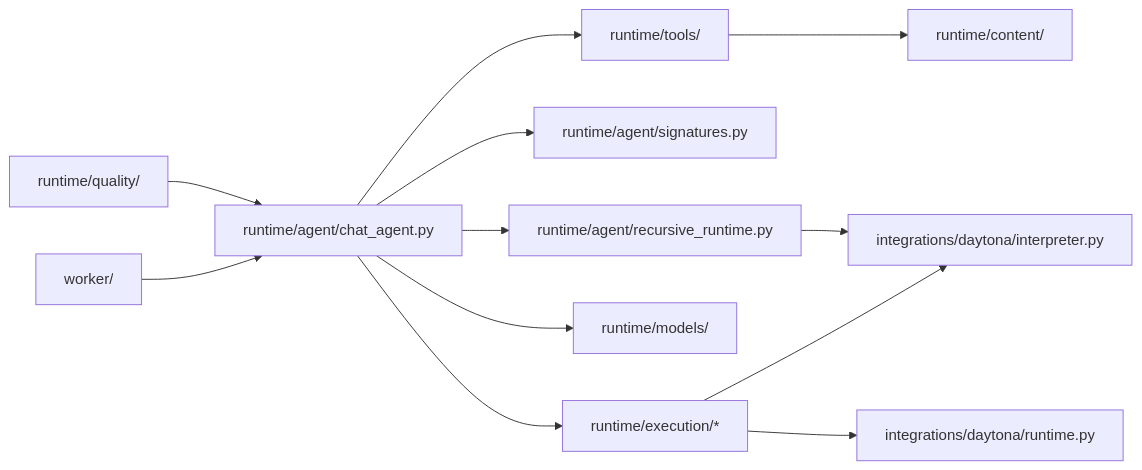
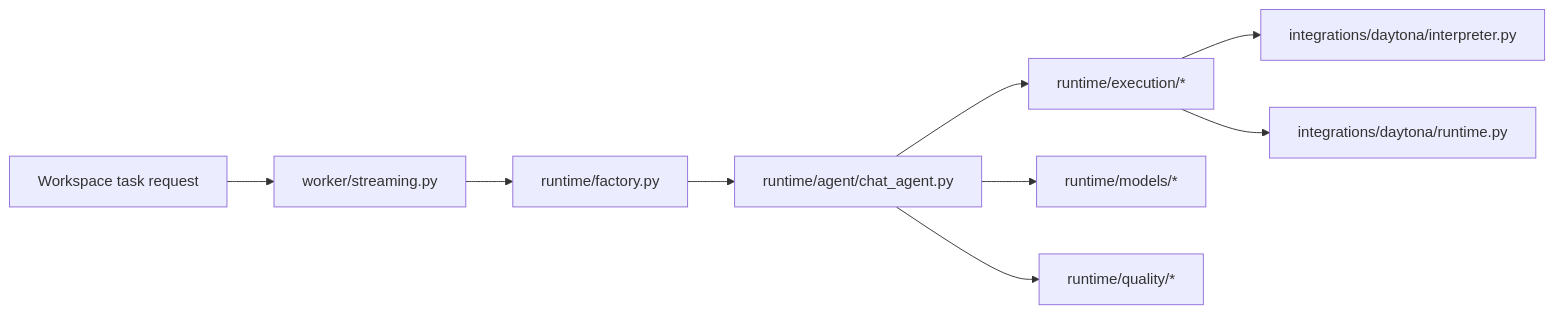
Before and after one commit to Qredence/fleet-rlm: the second of 3 diagrams in docs/reference/module-map.md, drawn with Mermaid. The commit also changed other lines of this file and 25 other files, not shown here.

````diff
--- a/docs/reference/module-map.md
+++ b/docs/reference/module-map.md
@@ -52,26 +37,11 @@
 ```mermaid
 graph LR
-    CHAT["runtime/agent/chat_agent.py"]
-    RLM["runtime/agent/recursive_runtime.py"]
-    SIG["runtime/agent/signatures.py"]
-    TOOLS["runtime/tools/"]
-    CONTENT["runtime/content/"]
-    MODELS["runtime/models/"]
-    WORKER["worker/"]
-    EXEC["runtime/execution/*"]
-    DAYTONA_INTERPRETER["integrations/daytona/interpreter.py"]
-    DAYTONA_RUNTIME["integrations/daytona/runtime.py"]
-    QUALITY["runtime/quality/"]
-
-    WORKER --> CHAT
-    CHAT --> SIG
-    CHAT --> TOOLS
-    CHAT --> EXEC
-    CHAT --> RLM
-    CHAT --> MODELS
-    TOOLS --> CONTENT
-    EXEC --> DAYTONA_INTERPRETER
-    EXEC --> DAYTONA_RUNTIME
-    RLM --> DAYTONA_INTERPRETER
-    QUALITY --> CHAT
+    REQUEST["Workspace task request"] --> WORKER["worker/streaming.py"]
+    WORKER --> AGENT["runtime/factory.py"]
+    AGENT --> CHAT["runtime/agent/chat_agent.py"]
+    CHAT --> EXEC["runtime/execution/*"]
+    EXEC --> DAYTONA_INTERPRETER["integrations/daytona/interpreter.py"]
+    EXEC --> DAYTONA_RUNTIME["integrations/daytona/runtime.py"]
+    CHAT --> MODELS["runtime/models/*"]
+    CHAT --> QUALITY["runtime/quality/*"]
 ```
````
